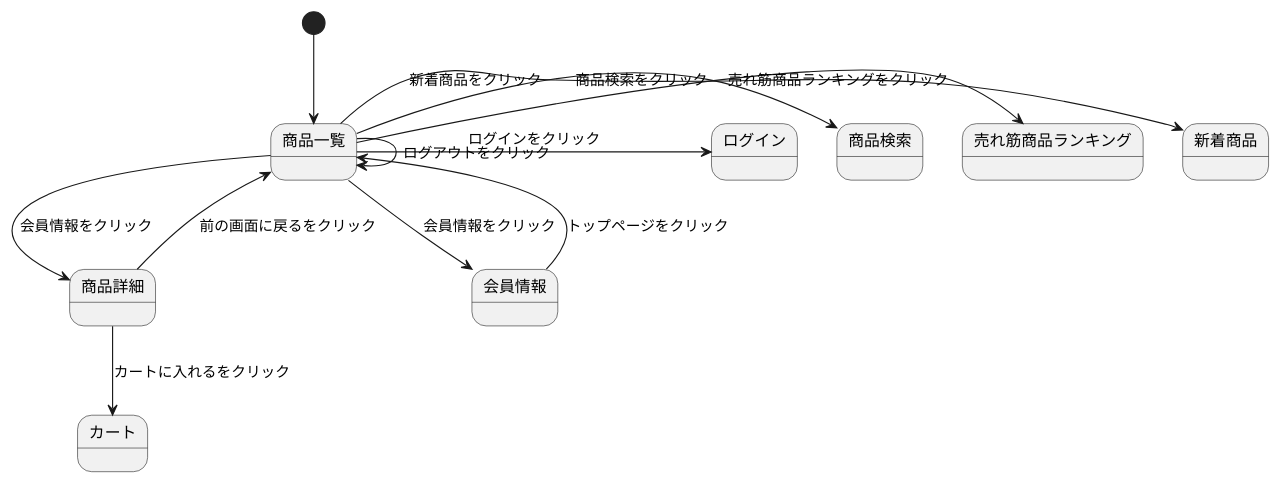
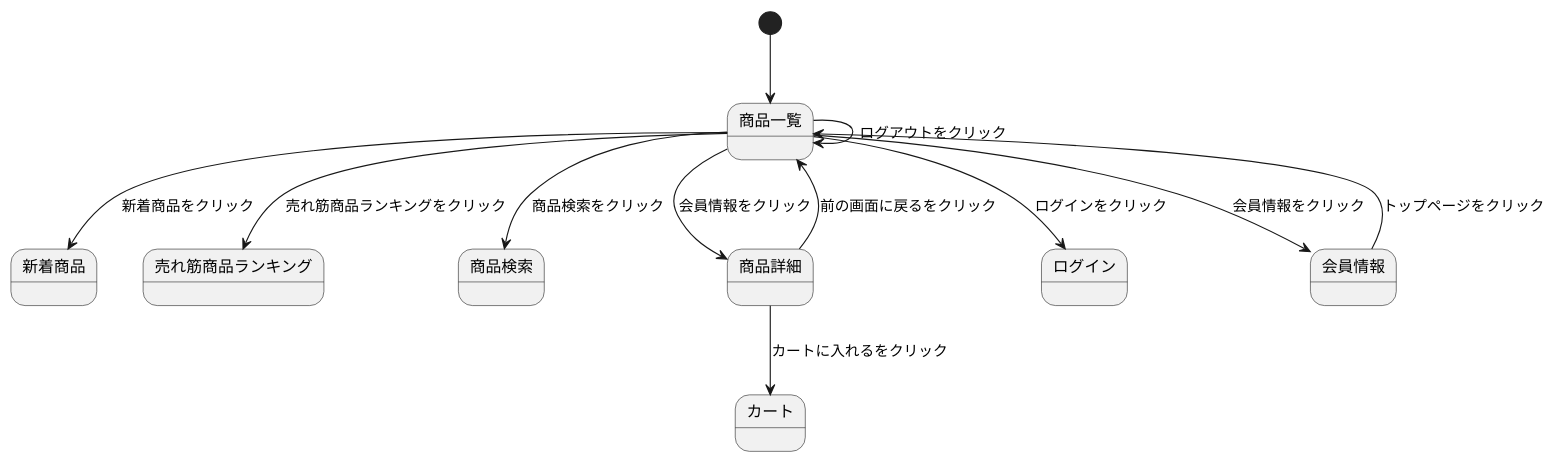
Before and after one commit to Aso2001369/2021sys-design: the diagram in stmmyshop.md, drawn with PlantUML.

````diff
--- a/stmmyshop.md
+++ b/stmmyshop.md
@@ -1,16 +1,16 @@
 ```uml
 @startuml
 
 [*] --> 商品一覧
-商品一覧 -> 新着商品 : 新着商品をクリック
-商品一覧 -> 売れ筋商品ランキング : 売れ筋商品ランキングをクリック
-商品一覧 -> 商品検索 : 商品検索をクリック
-商品一覧 -> 商品詳細 : 会員情報をクリック
-商品一覧 -> ログイン : ログインをクリック
+商品一覧 --> 新着商品 : 新着商品をクリック
+商品一覧 --> 売れ筋商品ランキング : 売れ筋商品ランキングをクリック
+商品一覧 --> 商品検索 : 商品検索をクリック
+商品一覧 --> 商品詳細 : 会員情報をクリック
+商品一覧 --> ログイン : ログインをクリック
 商品一覧 --> 商品一覧 : ログアウトをクリック
 商品一覧 --> 会員情報 : 会員情報をクリック
 商品詳細 --> カート : カートに入れるをクリック
 商品詳細 --> 商品一覧 : 前の画面に戻るをクリック
 会員情報 --> 商品一覧 : トップページをクリック
 @enduml
 ```
````
